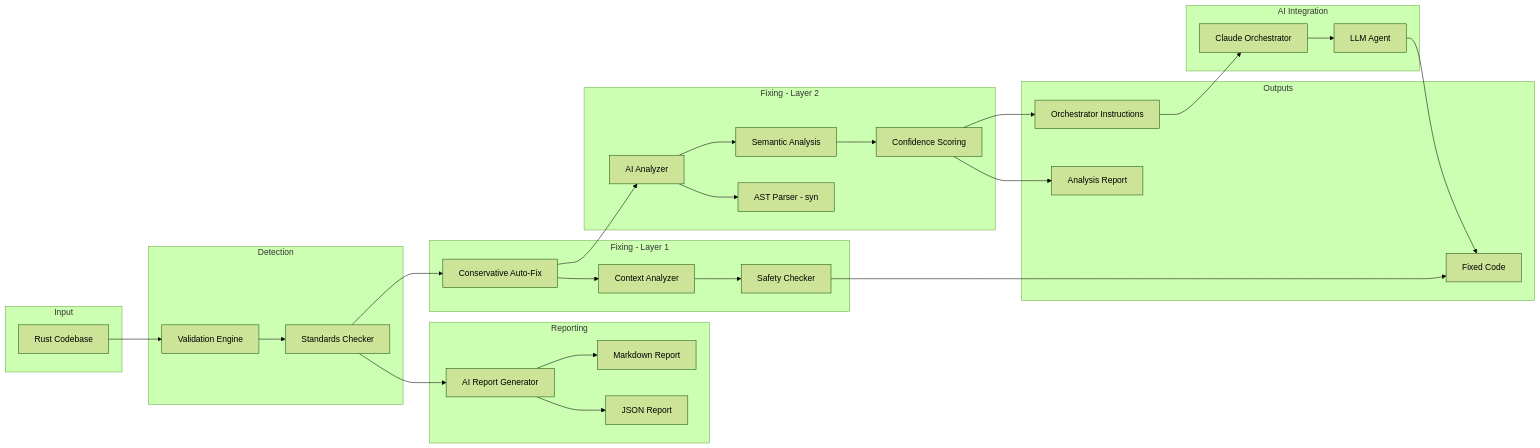
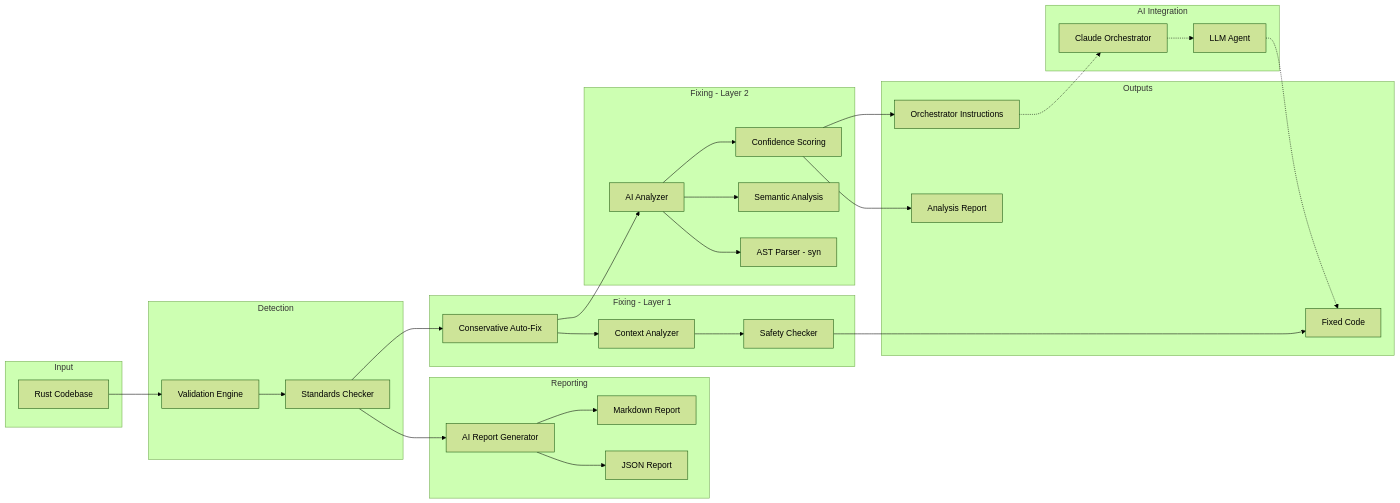
The first of 6 diagrams in docs/ARCHITECTURE_DIAGRAM.md (kryptobaseddev/ferrous-forge), drawn with Mermaid (forest theme) before and after one commit. The commit also changed other lines of this file and 137 other files, not shown here.

````diff
--- a/docs/ARCHITECTURE_DIAGRAM.md
+++ b/docs/ARCHITECTURE_DIAGRAM.md
@@ -5,63 +7,63 @@
 ```mermaid
 graph LR
     subgraph "Input"
         Code[Rust Codebase]
     end
     
     subgraph "Detection"
         Validate[Validation Engine]
         Standards[Standards Checker]
     end
     
     subgraph "Reporting"
         AIReport[AI Report Generator]
         JSONReport[JSON Report]
         MDReport[Markdown Report]
     end
     
     subgraph "Fixing - Layer 1"
         AutoFix[Conservative Auto-Fix]
         Context[Context Analyzer]
         Safety[Safety Checker]
     end
     
     subgraph "Fixing - Layer 2"
         AIAnalyzer[AI Analyzer]
         AST[AST Parser - syn]
         Semantic[Semantic Analysis]
         Confidence[Confidence Scoring]
     end
     
     subgraph "Outputs"
         Fixed[Fixed Code]
         Analysis[Analysis Report]
         Instructions[Orchestrator Instructions]
     end
     
     subgraph "AI Integration"
         Orchestrator[Claude Orchestrator]
         LLM[LLM Agent]
     end
     
     Code --> Validate
     Validate --> Standards
     Standards --> AIReport
     AIReport --> JSONReport
     AIReport --> MDReport
     
     Standards --> AutoFix
     AutoFix --> Context
     Context --> Safety
     Safety --> Fixed
     
     AutoFix --> AIAnalyzer
     AIAnalyzer --> AST
     AIAnalyzer --> Semantic
-    Semantic --> Confidence
+    AIAnalyzer --> Confidence
     Confidence --> Analysis
     Confidence --> Instructions
     
-    Instructions --> Orchestrator
-    Orchestrator --> LLM
-    LLM --> Fixed
+    Instructions -.-> Orchestrator
+    Orchestrator -.-> LLM
+    LLM -.-> Fixed
 ```
````
